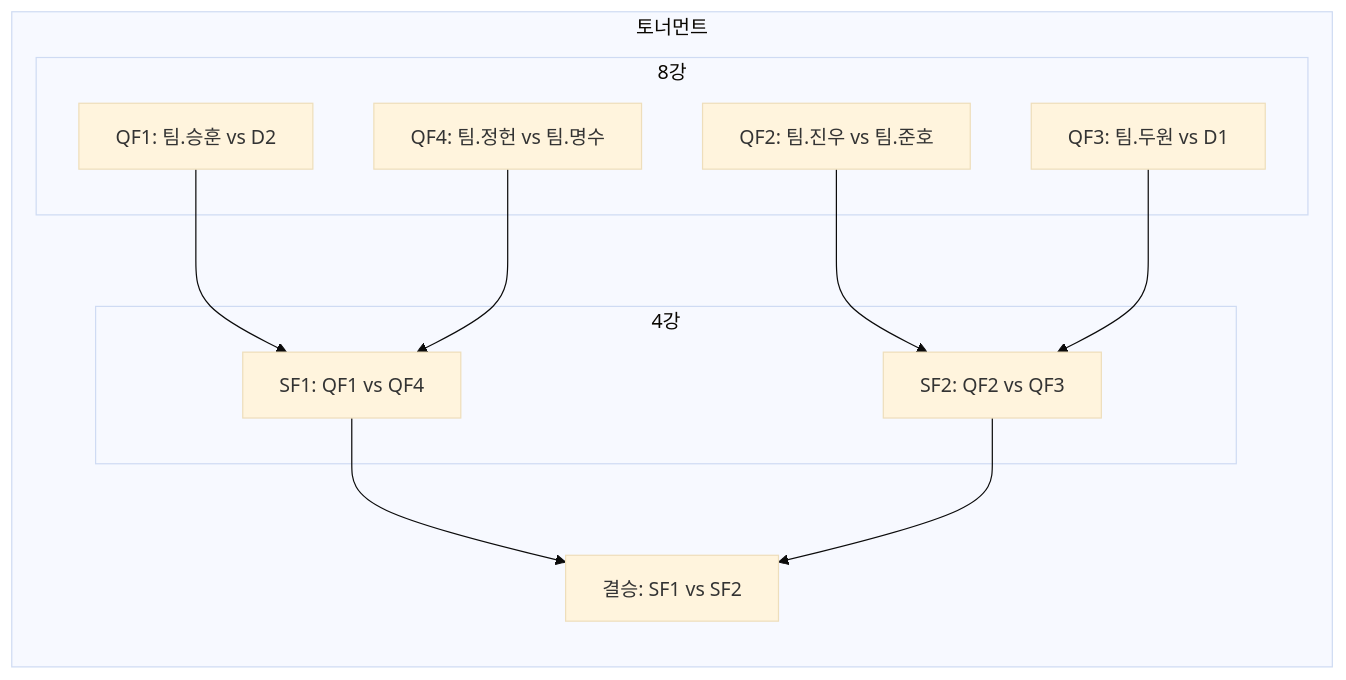
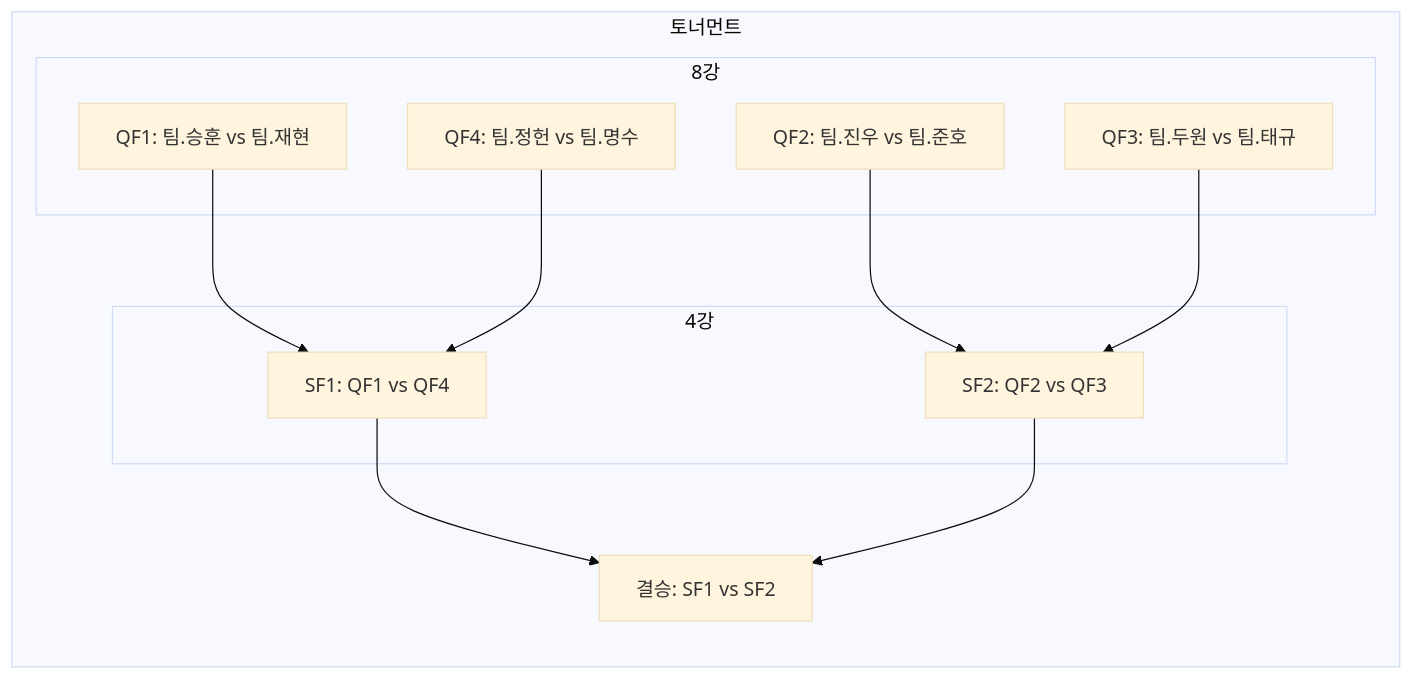
One commit to winteruss/3-8-Brawlstars-Tournament changed the third of 3 diagrams in 브롤대회.md. Above: the diagram before and after it, drawn with Mermaid (base theme). The commit also changed other lines of this file, not shown here.

````diff
--- a/브롤대회.md
+++ b/브롤대회.md
@@ -100,25 +100,25 @@
 ```mermaid
 flowchart TB
 %% 토너먼트
   subgraph KO["토너먼트"]
     direction TB
     subgraph QF["8강"]
-      QF1["QF1: 팀.승훈 vs D2"]
+      QF1["QF1: 팀.승훈 vs 팀.재현"]
       QF2["QF2: 팀.진우 vs 팀.준호"]
-      QF3["QF3: 팀.두원 vs D1"]
+      QF3["QF3: 팀.두원 vs 팀.태규"]
       QF4["QF4: 팀.정헌 vs 팀.명수"]
     end
     subgraph SF["4강"]
       SF1["SF1: QF1 vs QF4"]
       SF2["SF2: QF2 vs QF3"]
     end
     Final["결승: SF1 vs SF2"]
   end
   %% 화살표 연결
   QF1 --> SF1
   QF4 --> SF1
   QF2 --> SF2
   QF3 --> SF2
   SF1 --> Final
   SF2 --> Final
 ```
````
